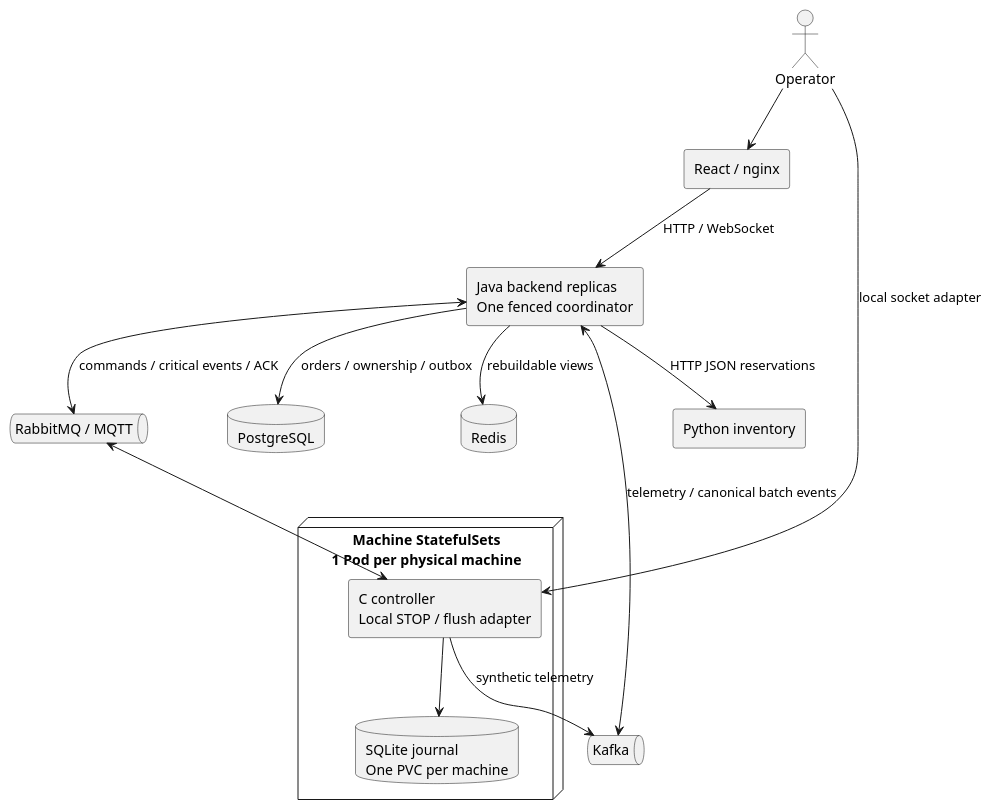
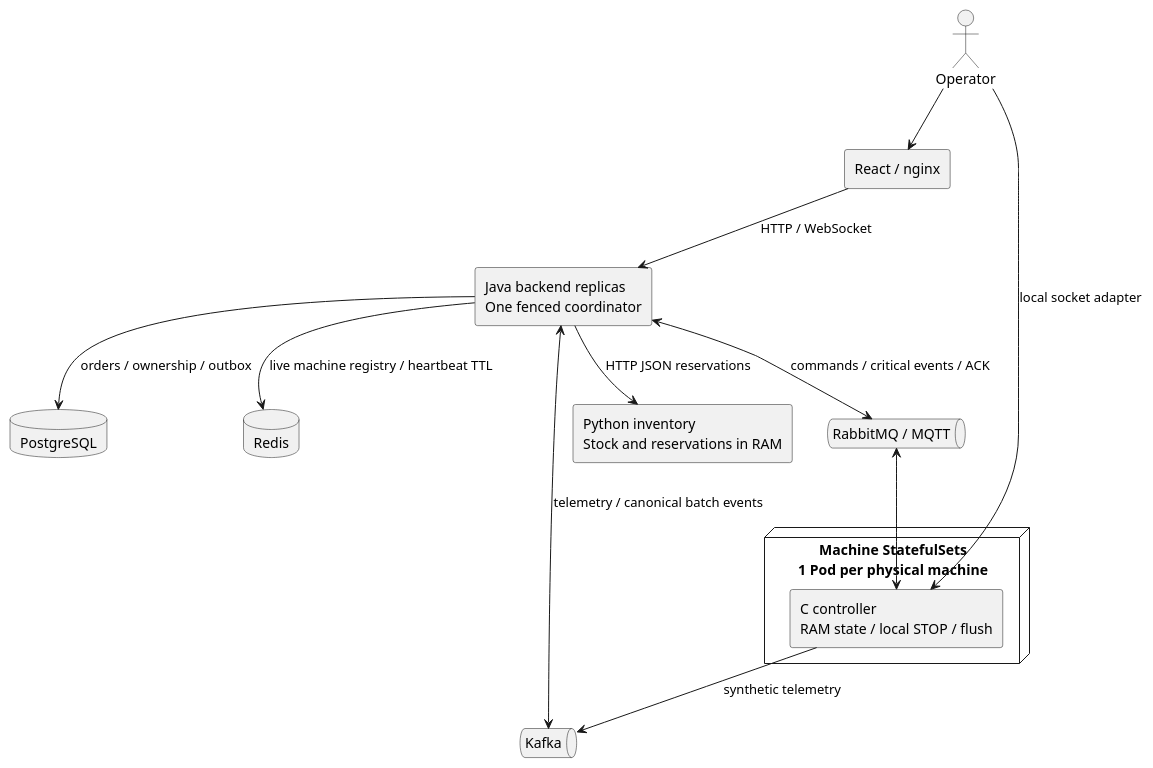
One commit to shallowboii/Advanced-Software-Architecture-Group4 changed the diagram in src/docs/architecture.puml. Above: the diagram before and after it, drawn with PlantUML. The commit also changed 39 other files, not shown here.

```diff
--- a/src/docs/architecture.puml
+++ b/src/docs/architecture.puml
@@ -1,26 +1,24 @@
 @startuml
 skinparam componentStyle rectangle
 actor Operator
 component "React / nginx" as UI
 component "Java backend replicas\nOne fenced coordinator" as Backend
-component "Python inventory" as Inventory
+component "Python inventory\nStock and reservations in RAM" as Inventory
 database PostgreSQL as DB
 database Redis as Cache
 queue "RabbitMQ / MQTT" as MQTT
 queue Kafka
 node "Machine StatefulSets\n1 Pod per physical machine" {
-  component "C controller\nLocal STOP / flush adapter" as Machine
-  database "SQLite journal\nOne PVC per machine" as Journal
+  component "C controller\nRAM state / local STOP / flush" as Machine
 }
 Operator --> UI
 Operator --> Machine : local socket adapter
 UI --> Backend : HTTP / WebSocket
 Backend --> DB : orders / ownership / outbox
-Backend --> Cache : rebuildable views
+Backend --> Cache : live machine registry / heartbeat TTL
 Backend --> Inventory : HTTP JSON reservations
 Backend <--> MQTT : commands / critical events / ACK
 MQTT <--> Machine
-Machine --> Journal
 Machine --> Kafka : synthetic telemetry
 Backend <--> Kafka : telemetry / canonical batch events
 @enduml
```
